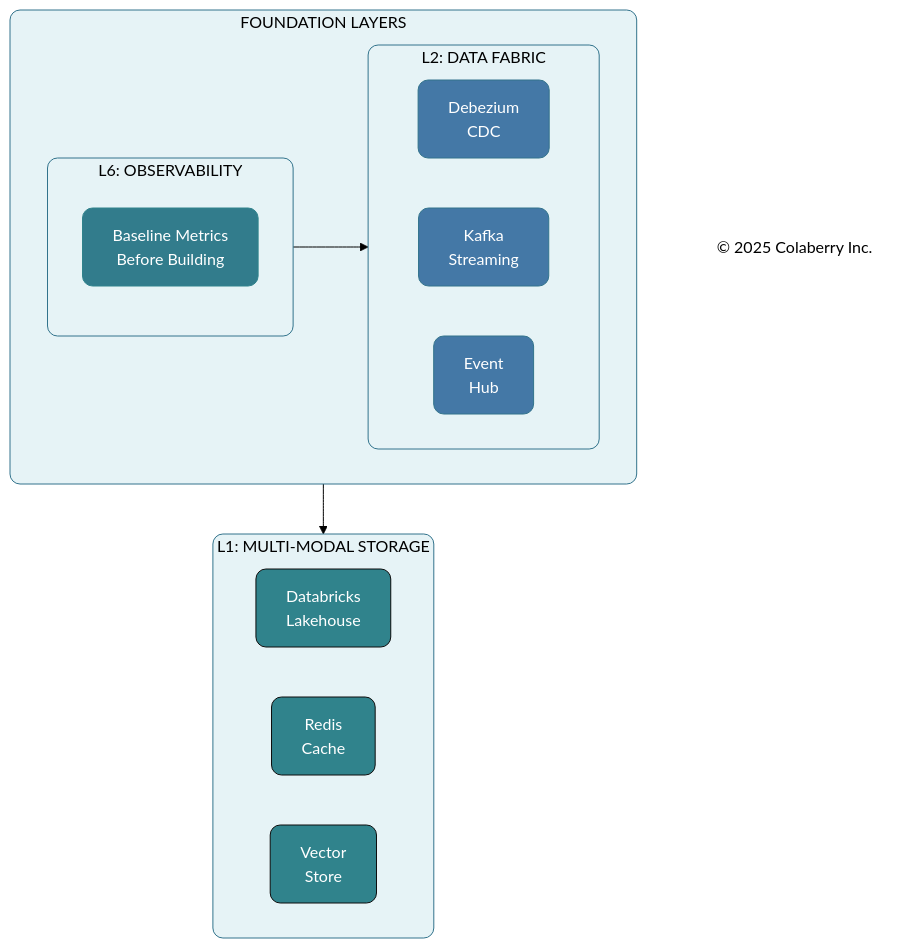
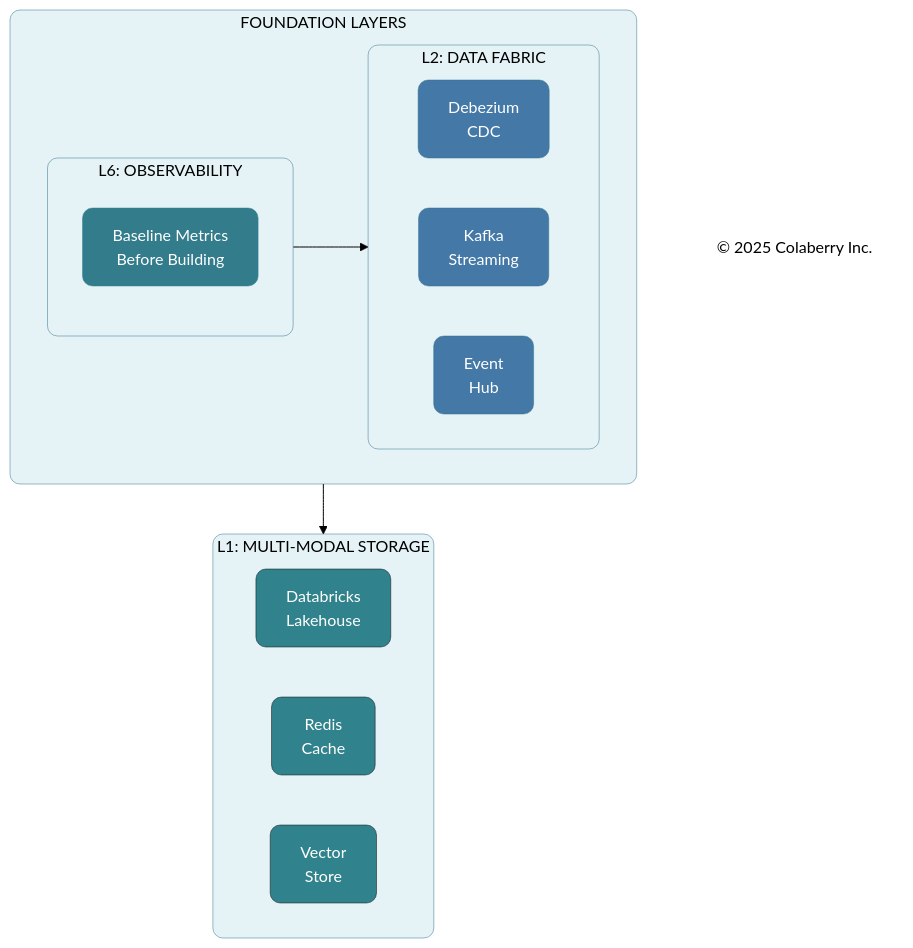
The fourth of 7 diagrams in manuscript/11_chapter_10_week_by_week_implementation.md (saitejesh-cyber/trust-before-intelligence-book), drawn with Mermaid (forest theme) before and after one commit. The commit also changed other lines of this file and 12 other files, not shown here.

Commit message:
Update stroke width to 0.5px instead of 1px to all the diagrams

````diff
--- a/manuscript/11_chapter_10_week_by_week_implementation.md
+++ b/manuscript/11_chapter_10_week_by_week_implementation.md
@@ -357,44 +357,44 @@
 ```mermaid
 
 
 graph TB
     subgraph FOUNDATION["FOUNDATION LAYERS"]
         direction LR
         subgraph OBS["L6: OBSERVABILITY"]
             O1["Baseline Metrics<br/>Before Building"]
         end
         
         subgraph FABRIC["L2: DATA FABRIC"]
             direction LR
             F1["Debezium<br/>CDC"]
             F2["Kafka<br/>Streaming"]
             F3["Event<br/>Hub"]
         end
     end
     
     subgraph STORAGE["L1: MULTI-MODAL STORAGE"]
         direction LR
         S1["Databricks<br/>Lakehouse"]
         S2["Redis<br/>Cache"]
         S3["Vector<br/>Store"]
     end
     
     Copyright["© 2025 Colaberry Inc."]
     
     OBS --> FABRIC
     FOUNDATION --> STORAGE
     
-    style FOUNDATION fill:#E6F3F6,stroke:#32738C,stroke-width:1px,color:#000000,rx:10,ry:10
-    style OBS fill:#E6F3F6,stroke:#32738C,stroke-width:1px,color:#000000,rx:10,ry:10
-    style FABRIC fill:#E6F3F6,stroke:#32738C,stroke-width:1px,color:#000000,rx:10,ry:10
-    style STORAGE fill:#E6F3F6,stroke:#32738C,stroke-width:1px,color:#000000,rx:10,ry:10
-    style O1 fill:#327C8C,stroke:#30838C,stroke-width:1px,color:#ffffff,rx:10,ry:10
-    style F1 fill:#4478A6,stroke:#32738C,stroke-width:1px,color:#ffffff,rx:10,ry:10
-    style F2 fill:#4478A6,stroke:#32738C,stroke-width:1px,color:#ffffff,rx:10,ry:10
-    style F3 fill:#4478A6,stroke:#32738C,stroke-width:1px,color:#ffffff,rx:10,ry:10
-    style S1 fill:#30838C,stroke:#0D0D0D,stroke-width:1px,color:#ffffff,rx:10,ry:10
-    style S2 fill:#30838C,stroke:#0D0D0D,stroke-width:1px,color:#ffffff,rx:10,ry:10
-    style S3 fill:#30838C,stroke:#0D0D0D,stroke-width:1px,color:#ffffff,rx:10,ry:10
+    style FOUNDATION fill:#E6F3F6,stroke:#32738C,stroke-width:0.5px,color:#000000,rx:10,ry:10
+    style OBS fill:#E6F3F6,stroke:#32738C,stroke-width:0.5px,color:#000000,rx:10,ry:10
+    style FABRIC fill:#E6F3F6,stroke:#32738C,stroke-width:0.5px,color:#000000,rx:10,ry:10
+    style STORAGE fill:#E6F3F6,stroke:#32738C,stroke-width:0.5px,color:#000000,rx:10,ry:10
+    style O1 fill:#327C8C,stroke:#30838C,stroke-width:0.5px,color:#ffffff,rx:10,ry:10
+    style F1 fill:#4478A6,stroke:#32738C,stroke-width:0.5px,color:#ffffff,rx:10,ry:10
+    style F2 fill:#4478A6,stroke:#32738C,stroke-width:0.5px,color:#ffffff,rx:10,ry:10
+    style F3 fill:#4478A6,stroke:#32738C,stroke-width:0.5px,color:#ffffff,rx:10,ry:10
+    style S1 fill:#30838C,stroke:#0D0D0D,stroke-width:0.5px,color:#ffffff,rx:10,ry:10
+    style S2 fill:#30838C,stroke:#0D0D0D,stroke-width:0.5px,color:#ffffff,rx:10,ry:10
+    style S3 fill:#30838C,stroke:#0D0D0D,stroke-width:0.5px,color:#ffffff,rx:10,ry:10
     style Copyright fill:none,stroke:none,color:#000000
 
 ```
````
